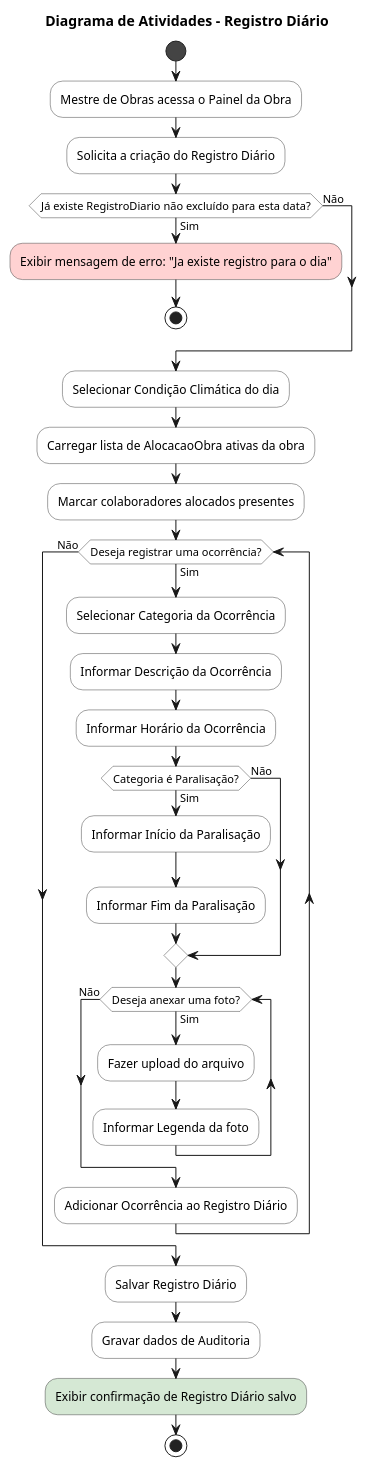
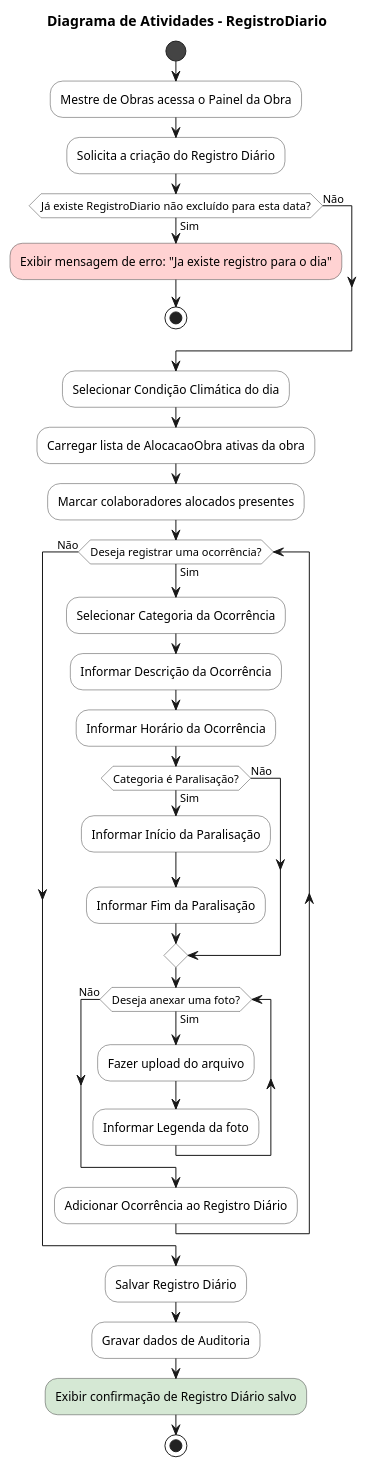
Before and after one commit to bernardoanobrega/oBRAS: the diagram in Diagramas dinamicos/Modulo Painel de Obra/registrodiario-activity.puml, drawn with PlantUML. The commit also changed 2 other files, not shown here.

Commit message:
docs: split class diagram in two (project and analysis) + registrodiario activity changes

```diff
--- a/Diagramas dinamicos/Modulo Painel de Obra/registrodiario-activity.puml
+++ b/Diagramas dinamicos/Modulo Painel de Obra/registrodiario-activity.puml
@@ -1,59 +1,59 @@
 @startuml registro-diario-activity
-title Diagrama de Atividades - Registro Diário
+title Diagrama de Atividades - RegistroDiario
 skinparam activity {
   BackgroundColor #FFFFFF
   BorderColor #444444
   BarColor #444444
   StartColor #444444
   EndColor #444444
 }
 skinparam NoteBackgroundColor #FFFBE6
 
 start
 
 :Mestre de Obras acessa o Painel da Obra;
 :Solicita a criação do Registro Diário;
 
 ' ===== VERIFICAÇÃO DE DUPLICIDADE =====
 if (Já existe RegistroDiario não excluído para esta data?) then (Sim)
   #FFD2D2:Exibir mensagem de erro: "Ja existe registro para o dia";
   stop
 else (Não)
 endif
 
 ' ===== PREENCHIMENTO BÁSICO =====
 :Selecionar Condição Climática do dia;
 
 ' ===== DEFINIÇÃO DA EQUIPE PRESENTE =====
 :Carregar lista de AlocacaoObra ativas da obra;
 :Marcar colaboradores alocados presentes;
 
 ' ===== LOOP DE REGISTRO DE OCORRÊNCIAS =====
 while (Deseja registrar uma ocorrência?) is (Sim)
   :Selecionar Categoria da Ocorrência;
   :Informar Descrição da Ocorrência;
   :Informar Horário da Ocorrência;
   
   if (Categoria é Paralisação?) then (Sim)
     :Informar Início da Paralisação;
     :Informar Fim da Paralisação;
   else (Não)
   endif
 
   ' ===== ANEXO DE FOTOS =====
   while (Deseja anexar uma foto?) is (Sim)
     :Fazer upload do arquivo;
     :Informar Legenda da foto;
   endwhile (Não)
 
   :Adicionar Ocorrência ao Registro Diário;
 endwhile (Não)
 
 ' ===== FINALIZAÇÃO E PERSISTÊNCIA =====
 :Salvar Registro Diário;
 :Gravar dados de Auditoria;
 
 #D5E8D4:Exibir confirmação de Registro Diário salvo;
 
 stop
 @enduml
```
